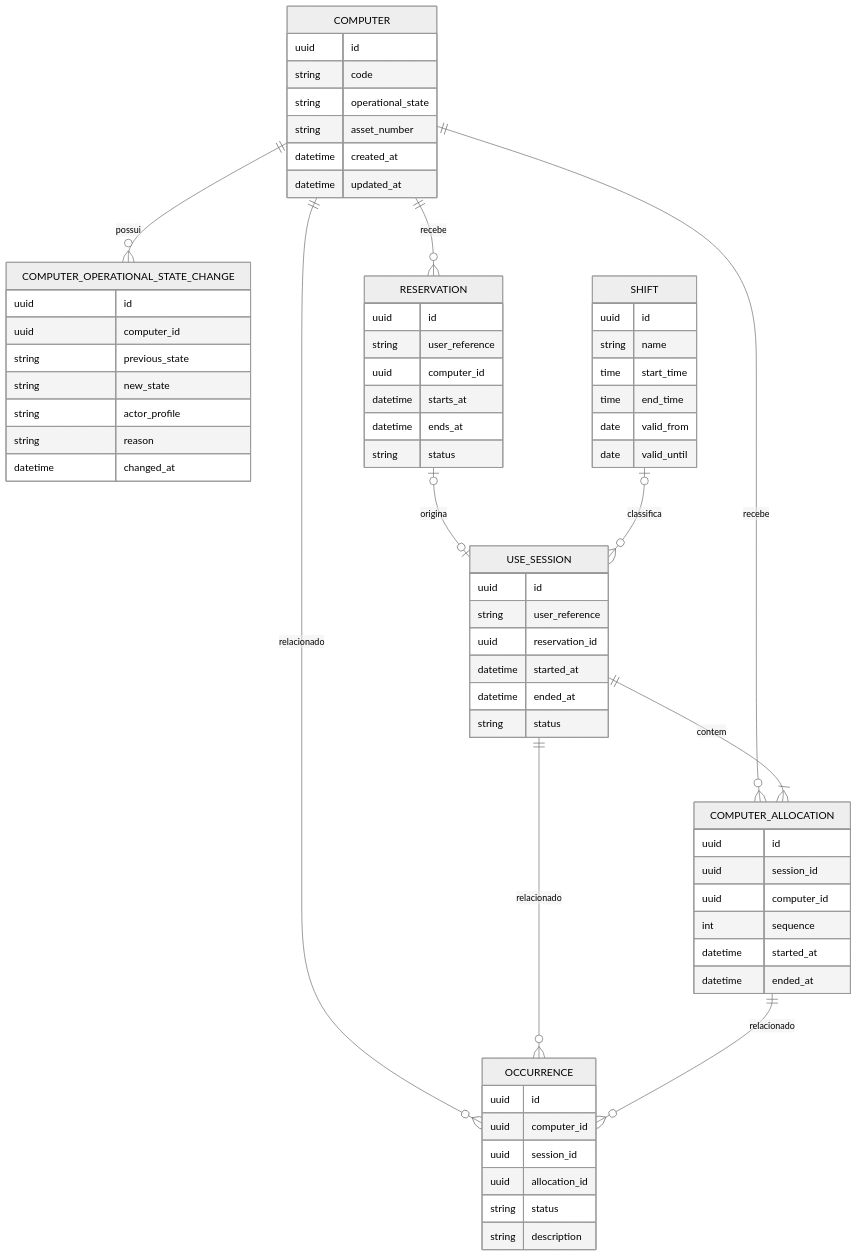
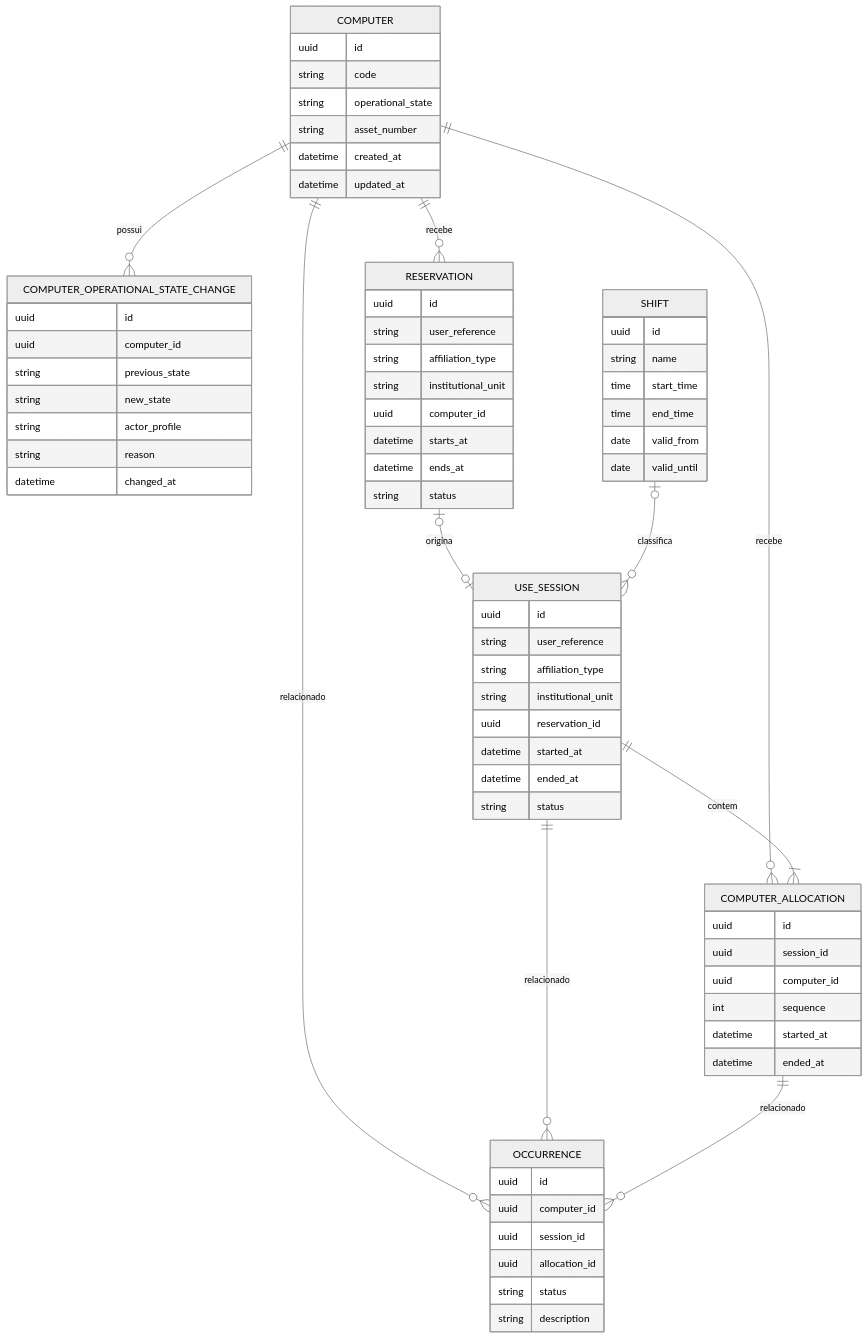
One commit to MarcosVini753/estagio changed the diagram in docs/architecture/diagrams/erd.md. Above: the diagram before and after it, drawn with Mermaid (neutral theme). The commit also changed 20 other files, not shown here.

````diff
--- a/docs/architecture/diagrams/erd.md
+++ b/docs/architecture/diagrams/erd.md
@@ -3,76 +3,80 @@
 ```mermaid
 erDiagram
     COMPUTER ||--o{ COMPUTER_OPERATIONAL_STATE_CHANGE : possui
     COMPUTER ||--o{ RESERVATION : recebe
     COMPUTER ||--o{ COMPUTER_ALLOCATION : recebe
     COMPUTER ||--o{ OCCURRENCE : relacionado
     RESERVATION o|--o| USE_SESSION : origina
     USE_SESSION ||--|{ COMPUTER_ALLOCATION : contem
     USE_SESSION ||--o{ OCCURRENCE : relacionado
     COMPUTER_ALLOCATION ||--o{ OCCURRENCE : relacionado
     SHIFT o|--o{ USE_SESSION : classifica
 
     COMPUTER {
         uuid id
         string code
         string operational_state
         string asset_number
         datetime created_at
         datetime updated_at
     }
 
     COMPUTER_OPERATIONAL_STATE_CHANGE {
         uuid id
         uuid computer_id
         string previous_state
         string new_state
         string actor_profile
         string reason
         datetime changed_at
     }
 
     RESERVATION {
         uuid id
         string user_reference
+        string affiliation_type
+        string institutional_unit
         uuid computer_id
         datetime starts_at
         datetime ends_at
         string status
     }
 
     USE_SESSION {
         uuid id
         string user_reference
+        string affiliation_type
+        string institutional_unit
         uuid reservation_id
         datetime started_at
         datetime ended_at
         string status
     }
 
     COMPUTER_ALLOCATION {
         uuid id
         uuid session_id
         uuid computer_id
         int sequence
         datetime started_at
         datetime ended_at
     }
 
     OCCURRENCE {
         uuid id
         uuid computer_id
         uuid session_id
         uuid allocation_id
         string status
         string description
     }
 
     SHIFT {
         uuid id
         string name
         time start_time
         time end_time
         date valid_from
         date valid_until
     }
 ```
````
